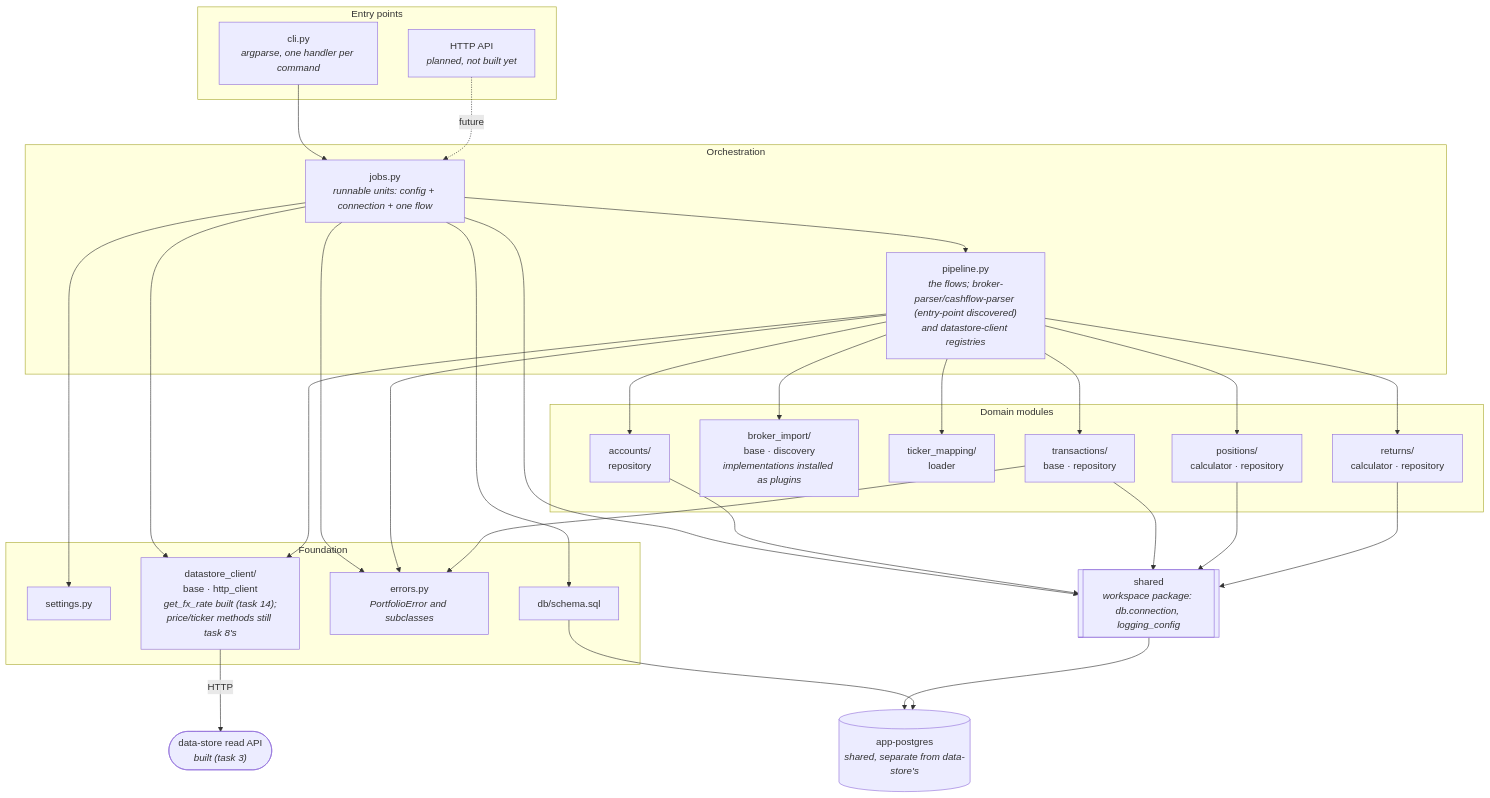
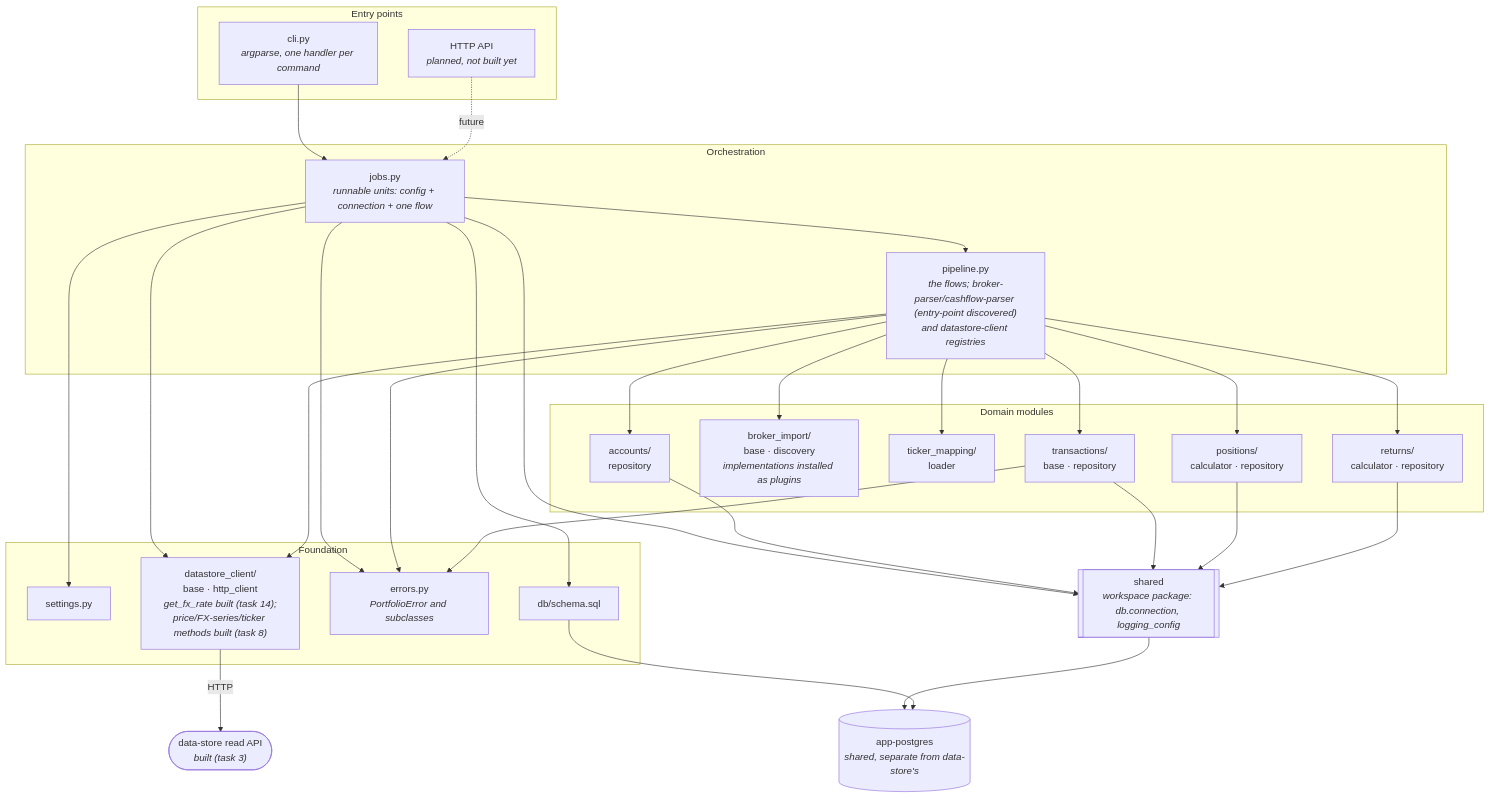
One commit to jpedropereira/Stakehold changed the first of 2 diagrams in services/portfolio/docs/architecture.md. Above: the diagram before and after it, drawn with Mermaid. The commit also changed other lines of this file and 21 other files, not shown here.

````diff
--- a/services/portfolio/docs/architecture.md
+++ b/services/portfolio/docs/architecture.md
@@ -55,57 +55,57 @@
 ```mermaid
 flowchart TD
     subgraph entry["Entry points"]
         CLI["cli.py<br/><i>argparse, one handler per command</i>"]
         API["HTTP API<br/><i>planned, not built yet</i>"]
     end
 
     subgraph orch["Orchestration"]
         JOBS["jobs.py<br/><i>runnable units: config + connection + one flow</i>"]
         PIPE["pipeline.py<br/><i>the flows; broker-parser/cashflow-parser (entry-point discovered)<br/>and datastore-client registries</i>"]
     end
 
     subgraph domain["Domain modules"]
         ACC["accounts/<br/>repository"]
         IMP["broker_import/<br/>base · discovery<br/><i>implementations installed as plugins</i>"]
         MAP["ticker_mapping/<br/>loader"]
         TXN["transactions/<br/>base · repository"]
         POS["positions/<br/>calculator · repository"]
         RET["returns/<br/>calculator · repository"]
     end
 
     subgraph found["Foundation"]
         SET["settings.py"]
         DB["db/schema.sql"]
         ERR["errors.py<br/><i>PortfolioError and subclasses</i>"]
-        DSC["datastore_client/<br/>base · http_client<br/><i>get_fx_rate built (task 14);<br/>price/ticker methods still task 8's</i>"]
+        DSC["datastore_client/<br/>base · http_client<br/><i>get_fx_rate built (task 14);<br/>price/FX-series/ticker methods built (task 8)</i>"]
     end
 
     SH[["shared<br/><i>workspace package: db.connection, logging_config</i>"]]
     PG[("app-postgres<br/><i>shared, separate from data-store's</i>")]
     DSAPI(["data-store read API<br/><i>built (task 3)</i>"])
 
     CLI --> JOBS
     API -.future.-> JOBS
     JOBS --> PIPE
     JOBS --> SET
     JOBS --> DB
     JOBS --> ERR
     JOBS --> DSC
     PIPE --> ACC
     PIPE --> IMP
     PIPE --> MAP
     PIPE --> TXN
     PIPE --> POS
     PIPE --> RET
     PIPE --> DSC
     PIPE --> ERR
     TXN --> ERR
     JOBS --> SH
     ACC --> SH
     TXN --> SH
     POS --> SH
     RET --> SH
     SH --> PG
     DB --> PG
     DSC -->|HTTP| DSAPI
 ```
````
